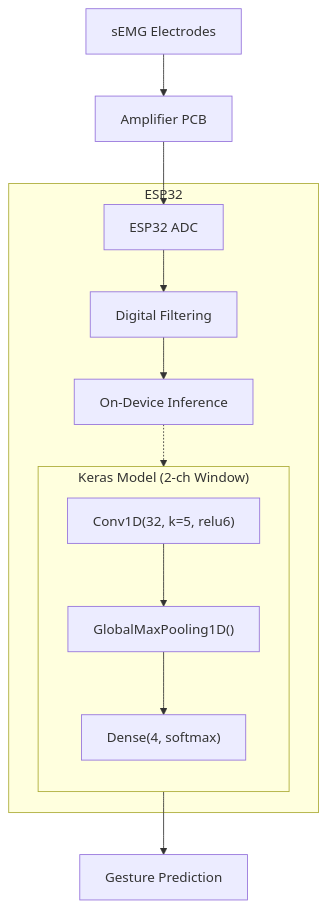
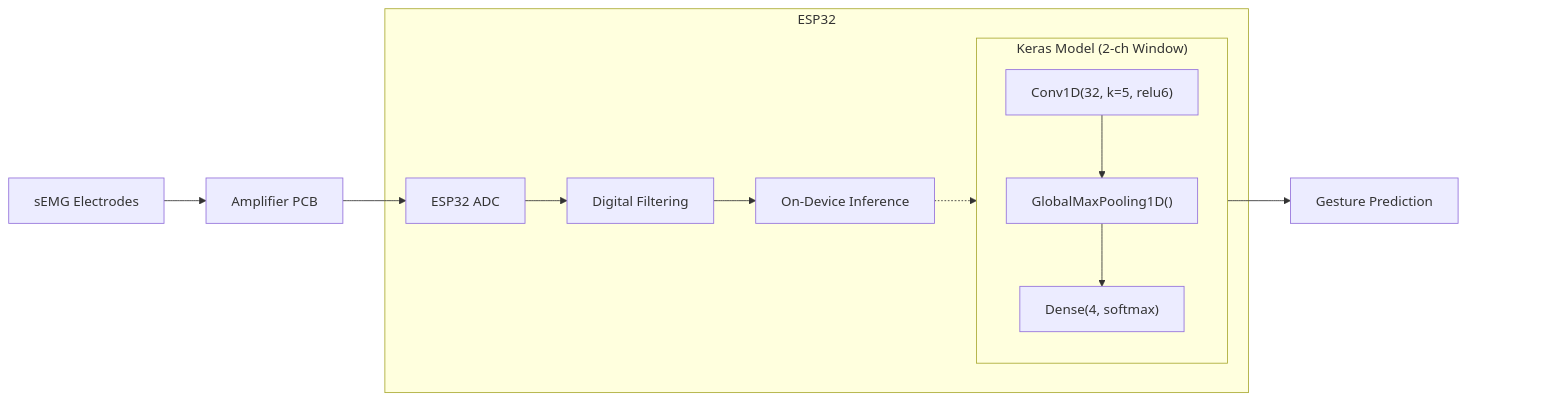
One commit to SimonB111/portfolio changed the diagram in myoSensor/README.md. Above: the diagram before and after it, drawn with Mermaid.

Commit message:
update flowchart

````diff
--- a/myoSensor/README.md
+++ b/myoSensor/README.md
@@ -9,16 +9,18 @@
 ```mermaid
-flowchart TD
+flowchart LR
     A["sEMG Electrodes"] --> B["Amplifier PCB"]
     subgraph ESP32
         C["ESP32 ADC"] --> D["Digital Filtering"]
         D --> E["On-Device Inference"]
         subgraph InferenceModel["Keras Model (2-ch Window)"]
             direction TB
             M1["Conv1D(32, k=5, relu6)"] --> M2["GlobalMaxPooling1D()"]
             M2 --> M3["Dense(4, softmax)"]
         end
         E -.-> M1
     end
     B --> C
     M3 --> F["Gesture Prediction"]
+    F ~~~ Spacer[" "]
+    style Spacer fill:none,stroke:none,color:none
 ```
````
